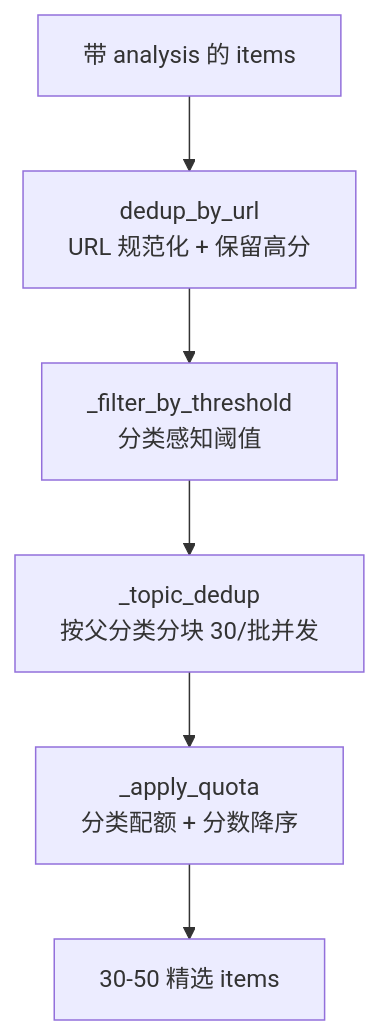
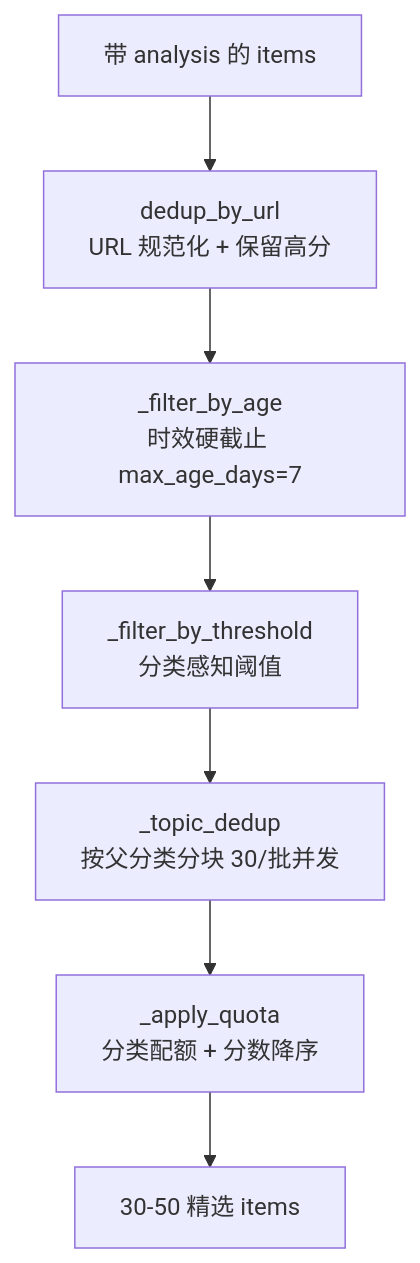
The third of 6 diagrams in docs/FLOW/README.md (int2t05/rss-reader), drawn with Mermaid before and after one commit. The commit also changed other lines of this file and 13 other files, not shown here.

````diff
--- a/docs/FLOW/README.md
+++ b/docs/FLOW/README.md
@@ -45,8 +45,9 @@
 ```mermaid
 flowchart TB
     IN[带 analysis 的 items] --> D1[dedup_by_url<br/>URL 规范化 + 保留高分]
-    D1 --> D2[_filter_by_threshold<br/>分类感知阈值]
-    D2 --> D3[_topic_dedup<br/>按父分类分块 30/批并发]
-    D3 --> D4[_apply_quota<br/>分类配额 + 分数降序]
-    D4 --> OUT[30-50 精选 items]
+    D1 --> D2[_filter_by_age<br/>时效硬截止 max_age_days=7]
+    D2 --> D3[_filter_by_threshold<br/>分类感知阈值]
+    D3 --> D4[_topic_dedup<br/>按父分类分块 30/批并发]
+    D4 --> D5[_apply_quota<br/>分类配额 + 分数降序]
+    D5 --> OUT[30-50 精选 items]
 ```
````
